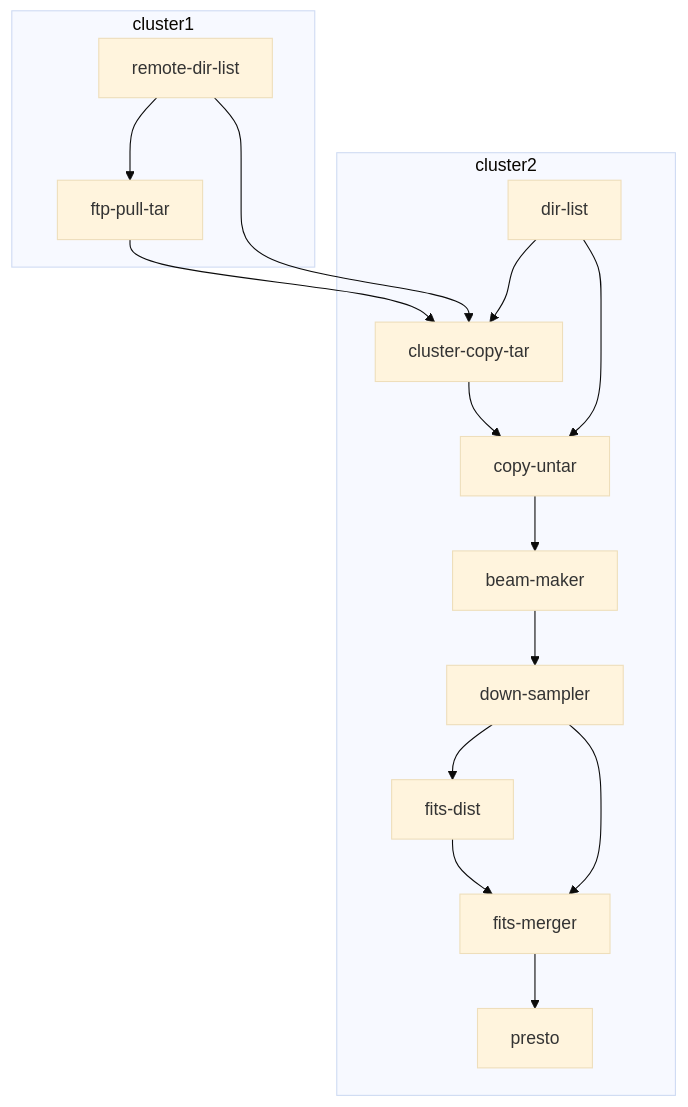
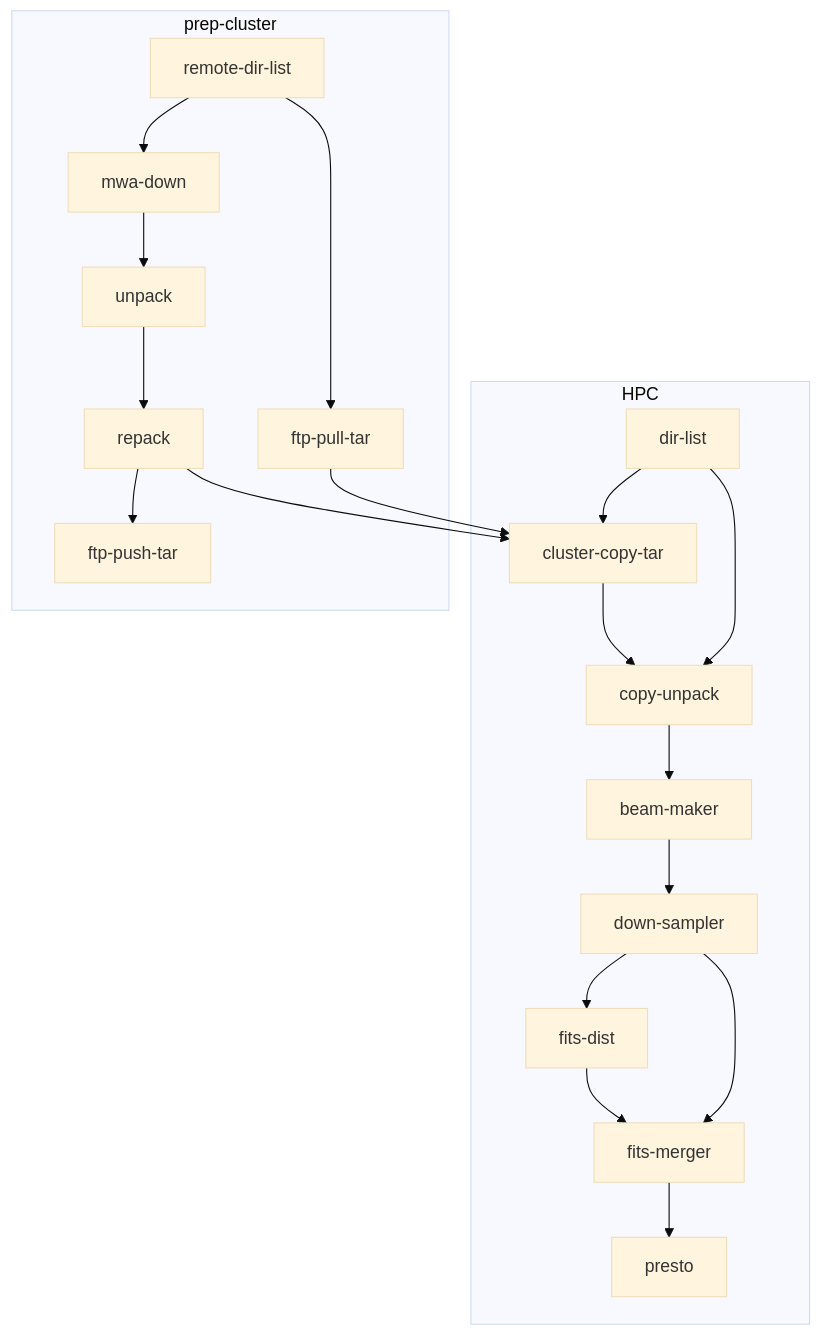
Before and after one commit to kaichao/app-mwa: the fifth of 5 diagrams in README.md, drawn with Mermaid (base theme). The commit also changed 3 other files, not shown here.

````diff
--- a/README.md
+++ b/README.md
@@ -205,31 +205,39 @@
 ```mermaid
 
 flowchart TD
+  remote-dir-list --> mwa-down
+  mwa-down --> unpack
+  unpack --> repack
+  repack --> ftp-push-tar
+  repack --> cluster-copy-tar
   remote-dir-list --> ftp-pull-tar
-  remote-dir-list --> cluster-copy-tar
   ftp-pull-tar --> cluster-copy-tar
   dir-list --> cluster-copy-tar
-  dir-list --> copy-untar
-  cluster-copy-tar --> copy-untar
-  copy-untar --> beam-maker
+  dir-list --> copy-unpack
+  cluster-copy-tar --> copy-unpack
+  copy-unpack --> beam-maker
   beam-maker --> down-sampler
   down-sampler --> fits-dist
   down-sampler --> fits-merger
   fits-dist --> fits-merger
   fits-merger --> presto
-  subgraph cluster2
+  subgraph HPC
     dir-list
     cluster-copy-tar
-    copy-untar
+    copy-unpack
     beam-maker
     down-sampler
     fits-dist
     fits-merger
     presto
   end
-  subgraph cluster1
+  subgraph prep-cluster
     remote-dir-list
     ftp-pull-tar
+    mwa-down
+    unpack
+    repack
+    ftp-push-tar
   end
-  
+
 ```
````
